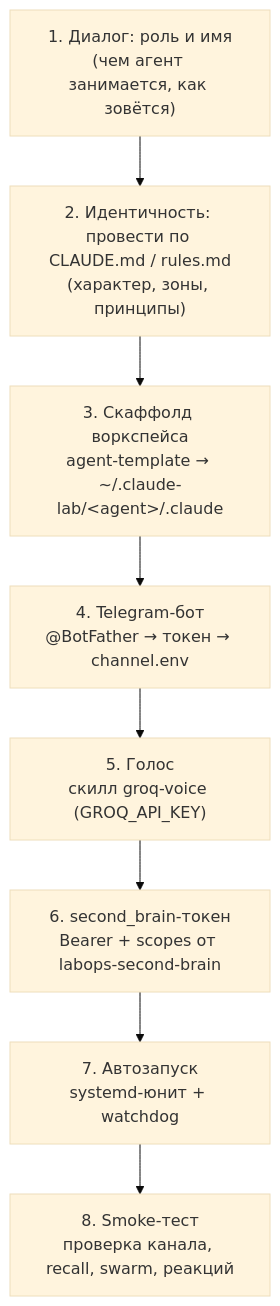
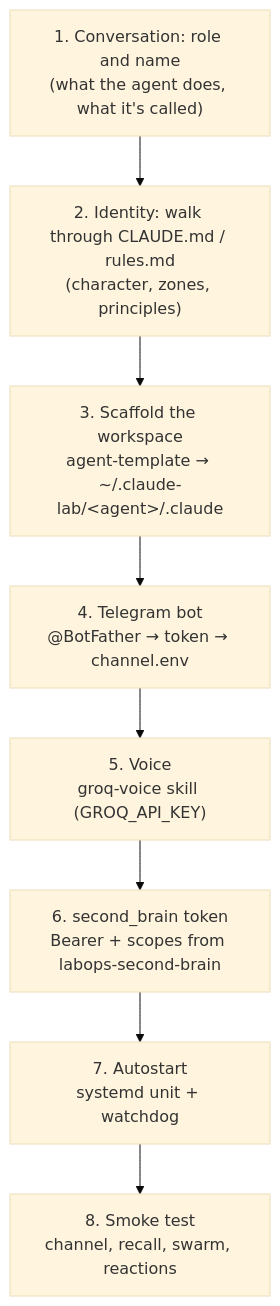
One commit to dediukhinpa/labops-agent-architecture changed the fourth of 4 diagrams in README.md. Above: the diagram before and after it, drawn with Mermaid (base theme). The commit also changed other lines of this file and 1 other file, not shown here.

````diff
--- a/README.md
+++ b/README.md
@@ -220,12 +248,12 @@
 ```mermaid
 flowchart TD
-  S1["1. Диалог: роль и имя<br/>(чем агент занимается, как зовётся)"]
-  S2["2. Идентичность: провести по CLAUDE.md / rules.md<br/>(характер, зоны, принципы)"]
-  S3["3. Скаффолд воркспейса<br/>agent-template → ~/.claude-lab/&lt;agent&gt;/.claude"]
-  S4["4. Telegram-бот<br/>@BotFather → токен → channel.env"]
-  S5["5. Голос<br/>скилл groq-voice (GROQ_API_KEY)"]
-  S6["6. second_brain-токен<br/>Bearer + scopes от labops-second-brain"]
-  S7["7. Автозапуск<br/>systemd-юнит + watchdog"]
-  S8["8. Smoke-тест<br/>проверка канала, recall, swarm, реакций"]
+  S1["1. Conversation: role and name<br/>(what the agent does, what it's called)"]
+  S2["2. Identity: walk through CLAUDE.md / rules.md<br/>(character, zones, principles)"]
+  S3["3. Scaffold the workspace<br/>agent-template → ~/.claude-lab/&lt;agent&gt;/.claude"]
+  S4["4. Telegram bot<br/>@BotFather → token → channel.env"]
+  S5["5. Voice<br/>groq-voice skill (GROQ_API_KEY)"]
+  S6["6. second_brain token<br/>Bearer + scopes from labops-second-brain"]
+  S7["7. Autostart<br/>systemd unit + watchdog"]
+  S8["8. Smoke test<br/>channel, recall, swarm, reactions"]
   S1 --> S2 --> S3 --> S4 --> S5 --> S6 --> S7 --> S8
 ```
````
